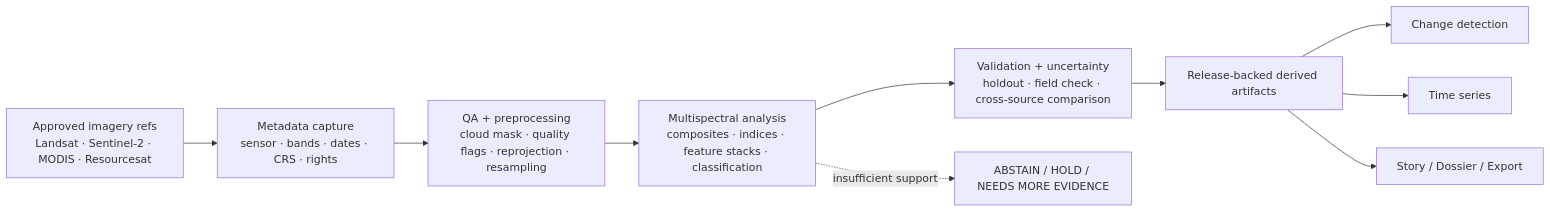
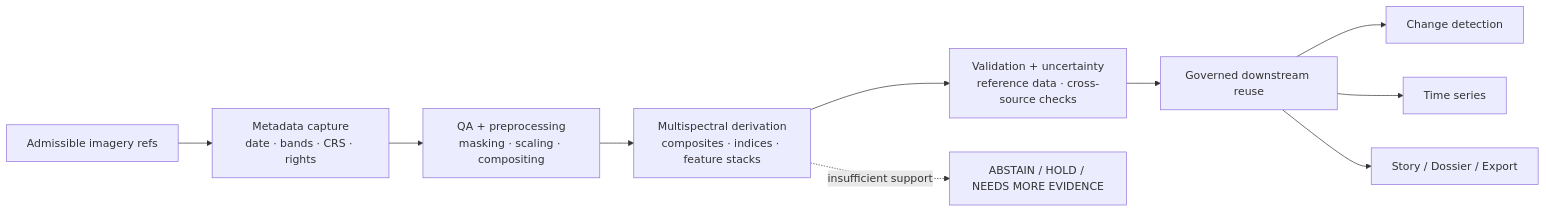
One commit to bartytime4life/Kansas-Frontier-Matrix changed the diagram in docs/analyses/remote-sensing/multispectral/README.md. Above: the diagram before and after it, drawn with Mermaid. The commit also changed other lines of this file, not shown here.

First line of the commit message:
Revise README for multispectral analysis clarity

````diff
--- a/docs/analyses/remote-sensing/multispectral/README.md
+++ b/docs/analyses/remote-sensing/multispectral/README.md
@@ -186,12 +194,12 @@
 ```mermaid
 flowchart LR
-    A[Approved imagery refs<br/>Landsat · Sentinel-2 · MODIS · Resourcesat] --> B[Metadata capture<br/>sensor · bands · dates · CRS · rights]
-    B --> C[QA + preprocessing<br/>cloud mask · quality flags · reprojection · resampling]
-    C --> D[Multispectral analysis<br/>composites · indices · feature stacks · classification]
-    D --> E[Validation + uncertainty<br/>holdout · field check · cross-source comparison]
-    E --> F[Release-backed derived artifacts]
+    A[Admissible imagery refs] --> B[Metadata capture<br/>date · bands · CRS · rights]
+    B --> C[QA + preprocessing<br/>masking · scaling · compositing]
+    C --> D[Multispectral derivation<br/>composites · indices · feature stacks]
+    D --> E[Validation + uncertainty<br/>reference data · cross-source checks]
+    E --> F[Governed downstream reuse]
     F --> G[Change detection]
     F --> H[Time series]
     F --> I[Story / Dossier / Export]
     D -. insufficient support .-> X[ABSTAIN / HOLD / NEEDS MORE EVIDENCE]
 ```
````
